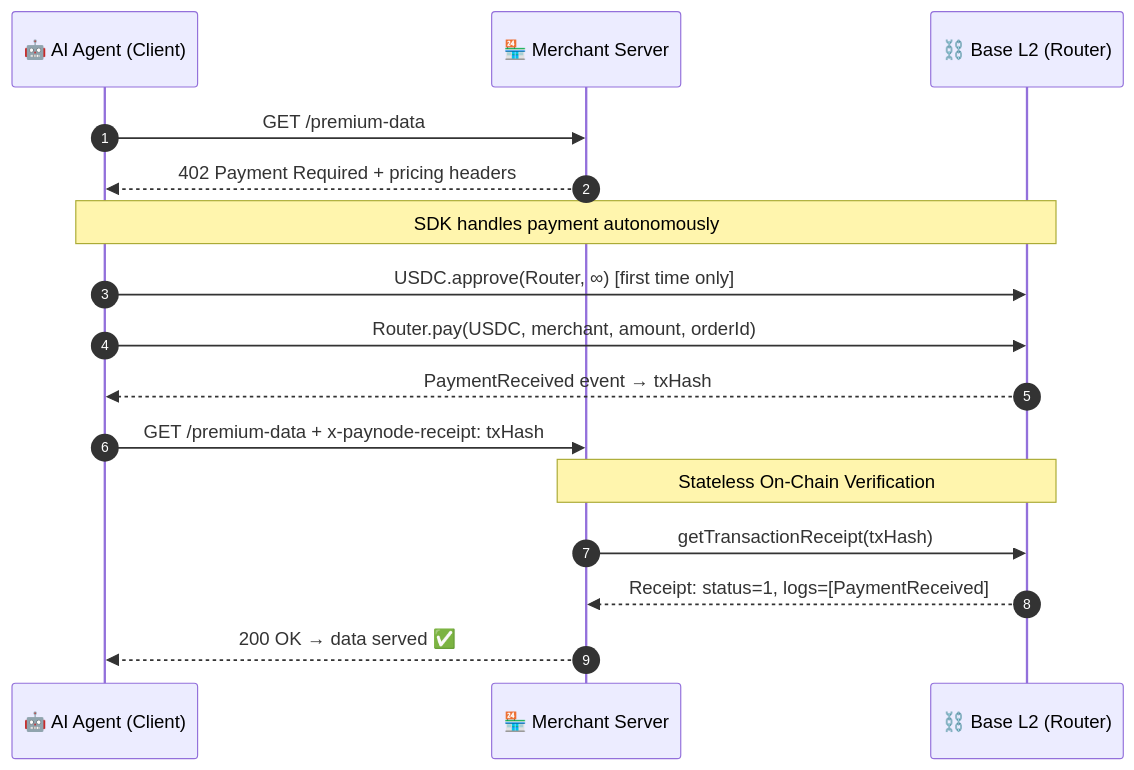
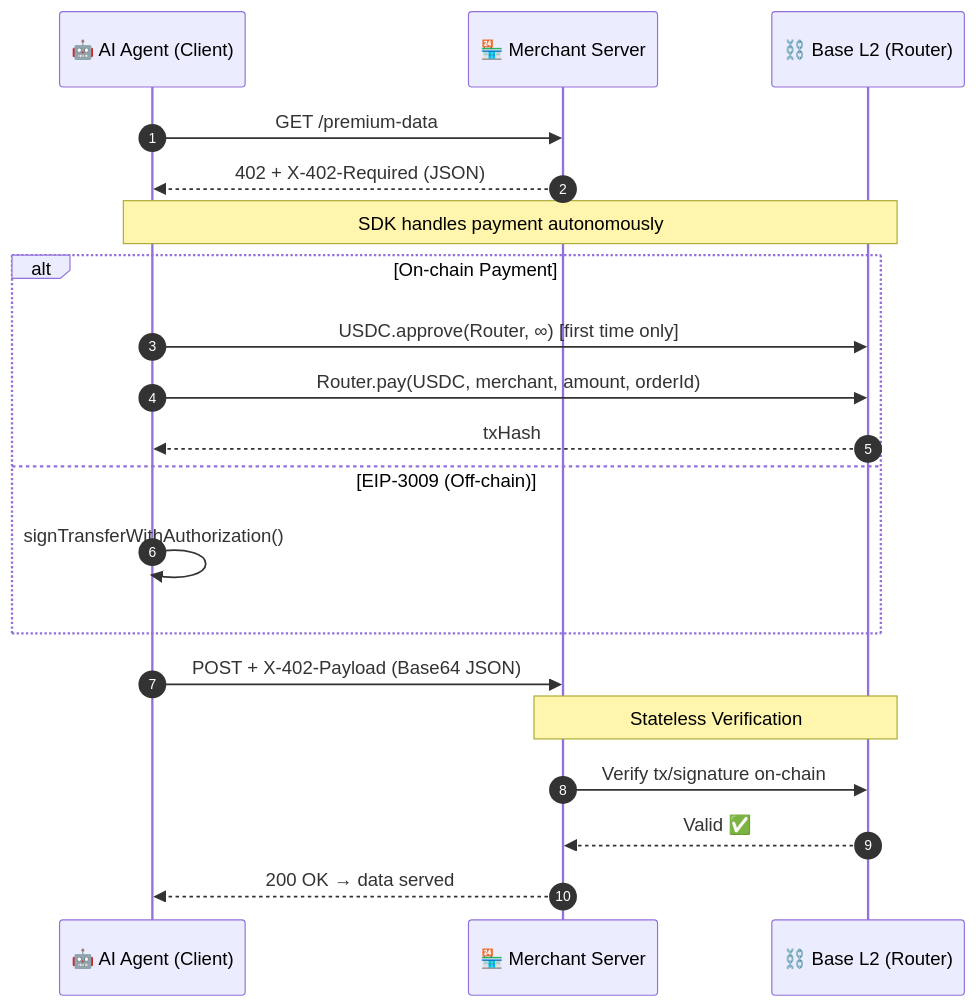
The diagram in pages/concepts/index.mdx (PayNodeLabs/paynode-docs), drawn with Mermaid before and after one commit. The commit also changed other lines of this file and 1 other file, not shown here.

Commit message:
feat: Revamp payment flow documentation to use unified JSON payloads for payment discovery and proof, introduce EIP-3009 off-chain payments, and update related error codes.

````diff
--- a/pages/concepts/index.mdx
+++ b/pages/concepts/index.mdx
@@ -11,23 +11,27 @@
 ```mermaid
 sequenceDiagram
     autonumber
     participant Agent as 🤖 AI Agent (Client)
     participant Server as 🏪 Merchant Server
     participant Base as ⛓️ Base L2 (Router)
 
     Agent->>Server: GET /premium-data
-    Server-->>Agent: 402 Payment Required + pricing headers
+    Server-->>Agent: 402 + X-402-Required (JSON)
 
     Note over Agent,Base: SDK handles payment autonomously
-    Agent->>Base: USDC.approve(Router, ∞) [first time only]
-    Agent->>Base: Router.pay(USDC, merchant, amount, orderId)
-    Base-->>Agent: PaymentReceived event → txHash
+    alt On-chain Payment
+        Agent->>Base: USDC.approve(Router, ∞) [first time only]
+        Agent->>Base: Router.pay(USDC, merchant, amount, orderId)
+        Base-->>Agent: txHash
+    else EIP-3009 (Off-chain)
+        Agent->>Agent: signTransferWithAuthorization()
+    end
 
-    Agent->>Server: GET /premium-data + x-paynode-receipt: txHash
+    Agent->>Server: POST + X-402-Payload (Base64 JSON)
 
-    Note over Server,Base: Stateless On-Chain Verification
-    Server->>Base: getTransactionReceipt(txHash)
-    Base-->>Server: Receipt: status=1, logs=[PaymentReceived]
+    Note over Server,Base: Stateless Verification
+    Server->>Base: Verify tx/signature on-chain
+    Base-->>Server: Valid ✅
 
-    Server-->>Agent: 200 OK → data served ✅
+    Server-->>Agent: 200 OK → data served
 ```
````
